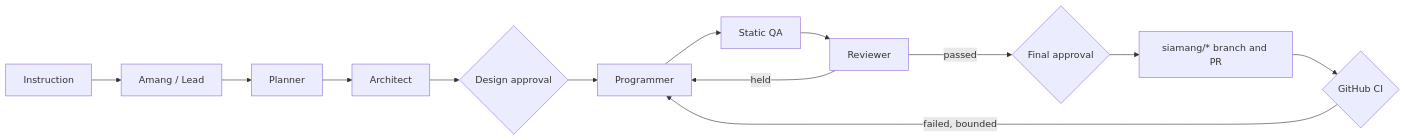
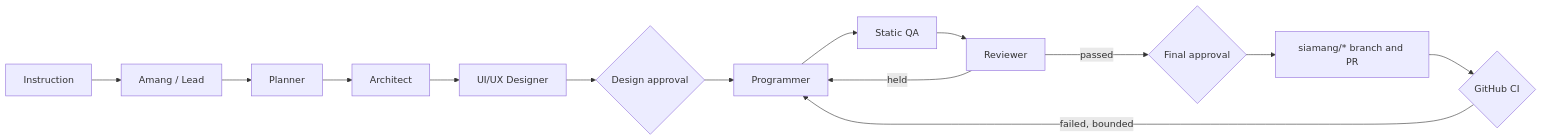
Before and after one commit to Rafie93/siamang-ai: the diagram in README.md, drawn with Mermaid. The commit also changed other lines of this file and 35 other files, not shown here.

First line of the commit message:
Designer (UI/UX) agent between the Architect and the design gate

````diff
--- a/README.md
+++ b/README.md
@@ -81,13 +81,13 @@
 ```mermaid
 flowchart LR
   T[Instruction] --> L[Amang / Lead]
-  L --> P[Planner] --> A[Architect]
-  A --> G1{Design approval}
+  L --> P[Planner] --> A[Architect] --> D[UI/UX Designer]
+  D --> G1{Design approval}
   G1 --> C[Programmer]
   C --> Q[Static QA] --> R[Reviewer]
   R -->|held| C
   R -->|passed| G2{Final approval}
   G2 --> PR["siamang/* branch and PR"]
   PR --> CI{GitHub CI}
   CI -->|failed, bounded| C
 ```
````
